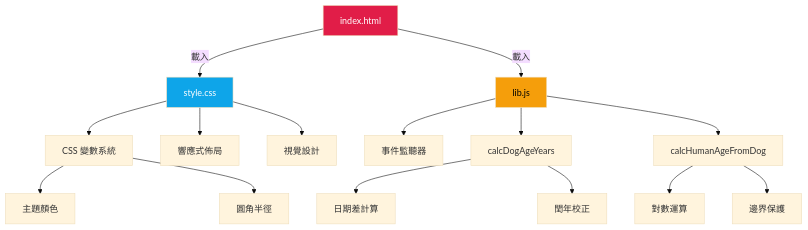
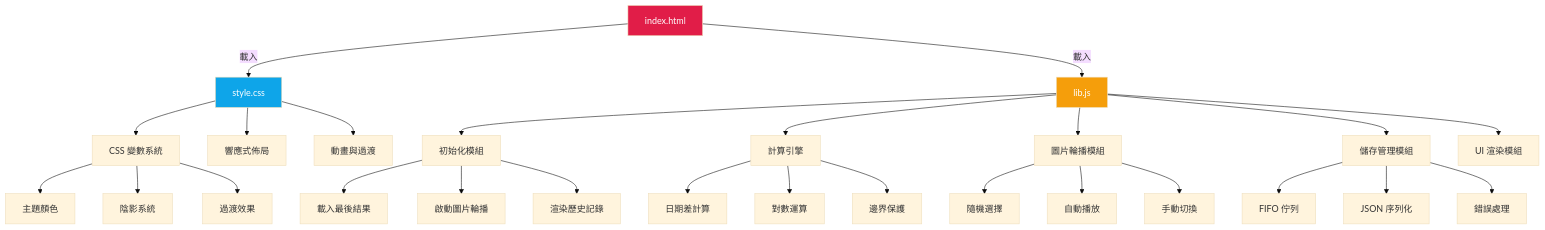
The fourth of 6 diagrams in README.md (dpi627/HexVC3DailyTask08), drawn with Mermaid (base theme) before and after one commit. The commit also changed other lines of this file, not shown here.

Commit message:
更新 README.md，擴充專案簡介與核心特色，新增圖片輪播、智慧儲存及響應式設計等功能說明，並調整開發規範與功能亮點總覽

````diff
--- a/README.md
+++ b/README.md
@@ -186,26 +264,39 @@
 ```mermaid
 graph TD
     A[index.html] -->|載入| B[style.css]
     A -->|載入| C[lib.js]
-    
+
     B --> D[CSS 變數系統]
     B --> E[響應式佈局]
-    B --> F[視覺設計]
-    
-    C --> G[事件監聽器]
-    C --> H[calcDogAgeYears]
-    C --> I[calcHumanAgeFromDog]
-    
-    D --> J[主題顏色]
-    D --> K[圓角半徑]
-    
-    H --> L[日期差計算]
-    H --> M[閏年校正]
-    
-    I --> N[對數運算]
-    I --> O[邊界保護]
-    
+    B --> F[動畫與過渡]
+
+    C --> G[初始化模組]
+    C --> H[計算引擎]
+    C --> I[圖片輪播模組]
+    C --> J[儲存管理模組]
+    C --> K[UI 渲染模組]
+
+    D --> L[主題顏色]
+    D --> M[陰影系統]
+    D --> N[過渡效果]
+
+    G --> O[載入最後結果]
+    G --> P[啟動圖片輪播]
+    G --> Q[渲染歷史記錄]
+
+    H --> R[日期差計算]
+    H --> S[對數運算]
+    H --> T[邊界保護]
+
+    I --> U[隨機選擇]
+    I --> V[自動播放]
+    I --> W[手動切換]
+
+    J --> X[FIFO 佇列]
+    J --> Y[JSON 序列化]
+    J --> Z[錯誤處理]
+
     style A fill:#e11d48,color:#fff
     style B fill:#0ea5e9,color:#fff
-    style C fill:#f59e0b,color:#000
+    style C fill:#f59e0b,color:#fff
 ```
````
